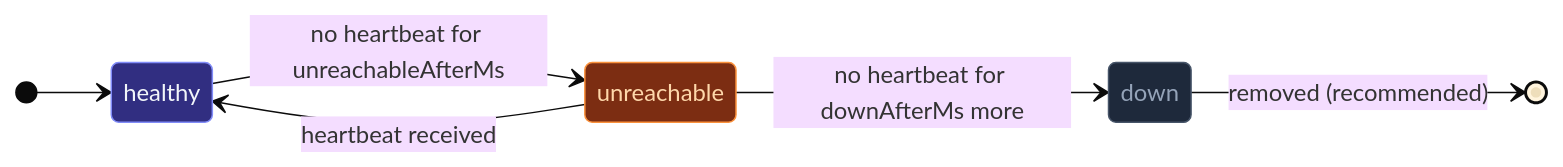
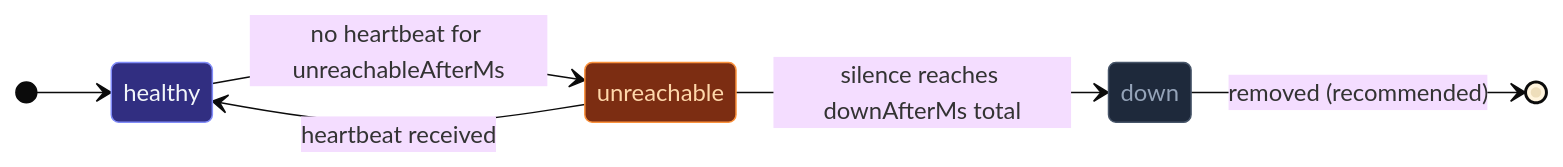
Before and after one commit to pathosDev/actor-ts: the first of 2 diagrams in docs/src/content/docs/cluster/failure-detector.mdx, drawn with Mermaid (base theme). The commit also changed 4 other files, not shown here.

````diff
--- a/docs/src/content/docs/cluster/failure-detector.mdx
+++ b/docs/src/content/docs/cluster/failure-detector.mdx
@@ -9,15 +9,15 @@
 ```mermaid
 stateDiagram-v2
   direction LR
   [*] --> healthy
   healthy --> unreachable: no heartbeat for unreachableAfterMs
   unreachable --> healthy: heartbeat received
-  unreachable --> down: no heartbeat for downAfterMs more
+  unreachable --> down: silence reaches downAfterMs total
   down --> [*]: removed (recommended)
   classDef ok   fill:#312e81,stroke:#818cf8,color:#f1f5f9;
   classDef warn fill:#7c2d12,stroke:#fb923c,color:#fed7aa;
   classDef gone fill:#1e293b,stroke:#475569,color:#94a3b8;
   class healthy ok
   class unreachable warn
   class down gone
 ```
````
